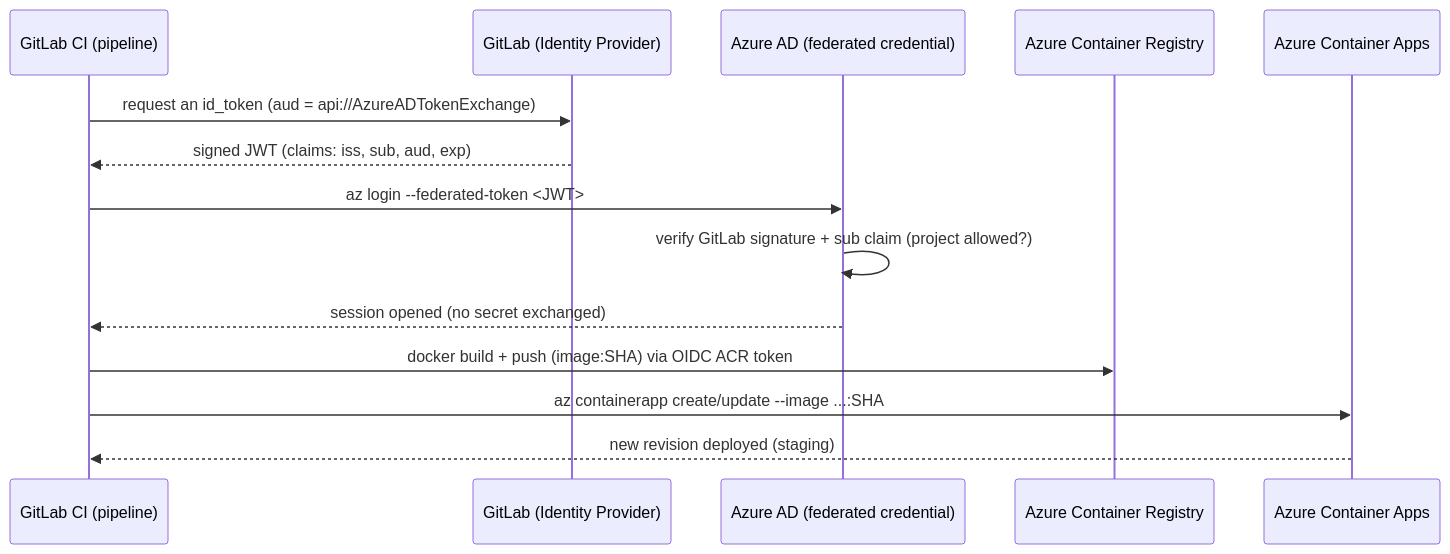
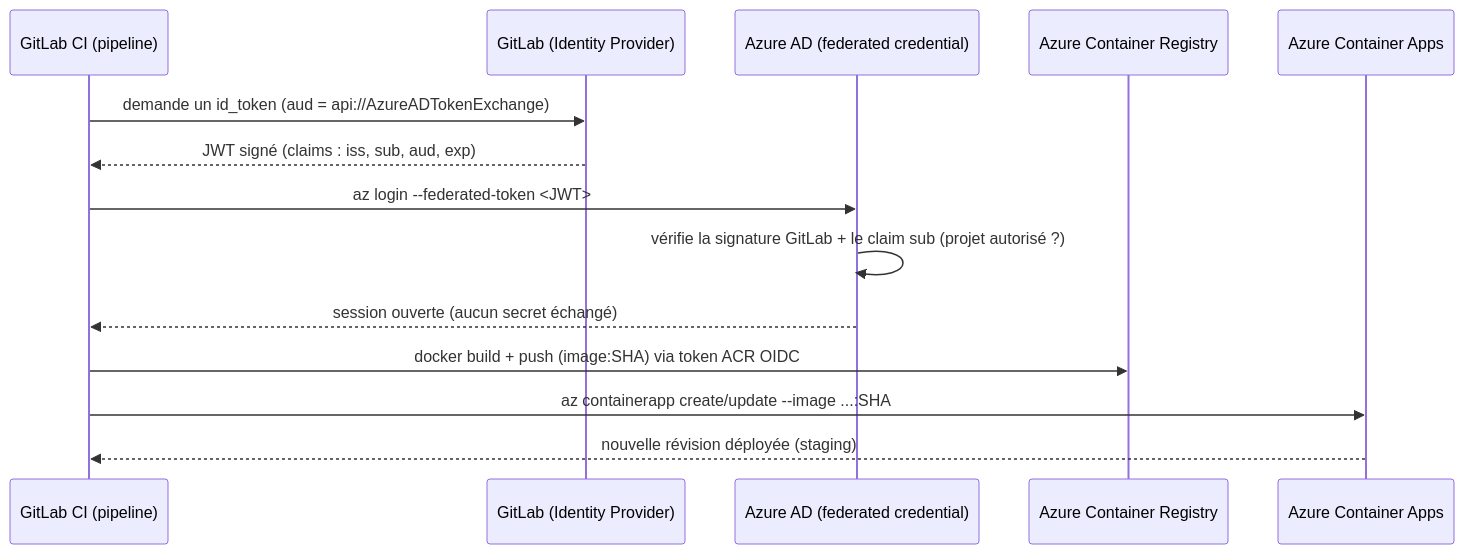
One commit to WhiteMuush/simplon-azure-OCID-tp changed the diagram in README.md. Above: the diagram before and after it, drawn with Mermaid. The commit also changed other lines of this file, not shown here.

````diff
--- a/README.md
+++ b/README.md
@@ -147,17 +150,17 @@
 ```mermaid
 sequenceDiagram
     participant CI as GitLab CI (pipeline)
     participant GL as GitLab (Identity Provider)
     participant AZ as Azure AD (federated credential)
     participant ACR as Azure Container Registry
     participant ACA as Azure Container Apps
 
-    CI->>GL: request an id_token (aud = api://AzureADTokenExchange)
-    GL-->>CI: signed JWT (claims: iss, sub, aud, exp)
+    CI->>GL: demande un id_token (aud = api://AzureADTokenExchange)
+    GL-->>CI: JWT signé (claims : iss, sub, aud, exp)
     CI->>AZ: az login --federated-token <JWT>
-    AZ->>AZ: verify GitLab signature + sub claim (project allowed?)
-    AZ-->>CI: session opened (no secret exchanged)
-    CI->>ACR: docker build + push (image:SHA) via OIDC ACR token
+    AZ->>AZ: vérifie la signature GitLab + le claim sub (projet autorisé ?)
+    AZ-->>CI: session ouverte (aucun secret échangé)
+    CI->>ACR: docker build + push (image:SHA) via token ACR OIDC
     CI->>ACA: az containerapp create/update --image ...:SHA
-    ACA-->>CI: new revision deployed (staging)
+    ACA-->>CI: nouvelle révision déployée (staging)
 ```
````
